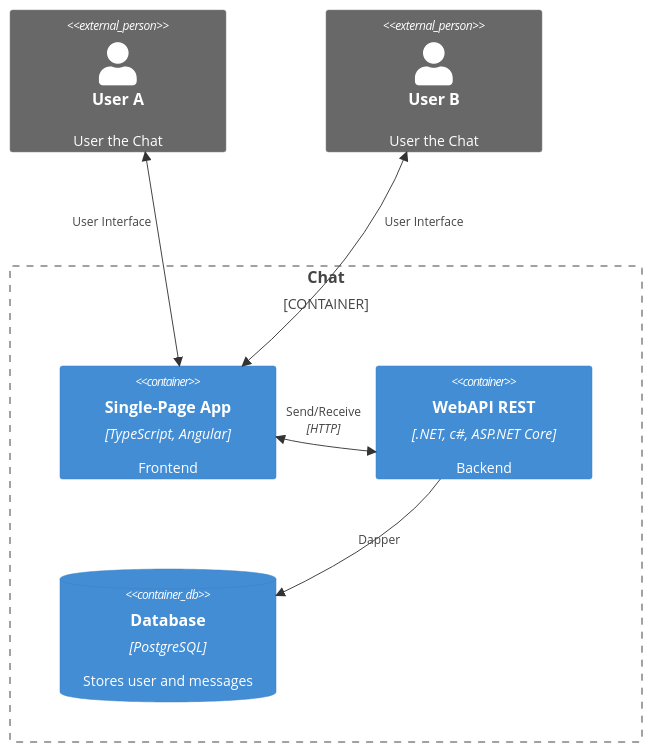
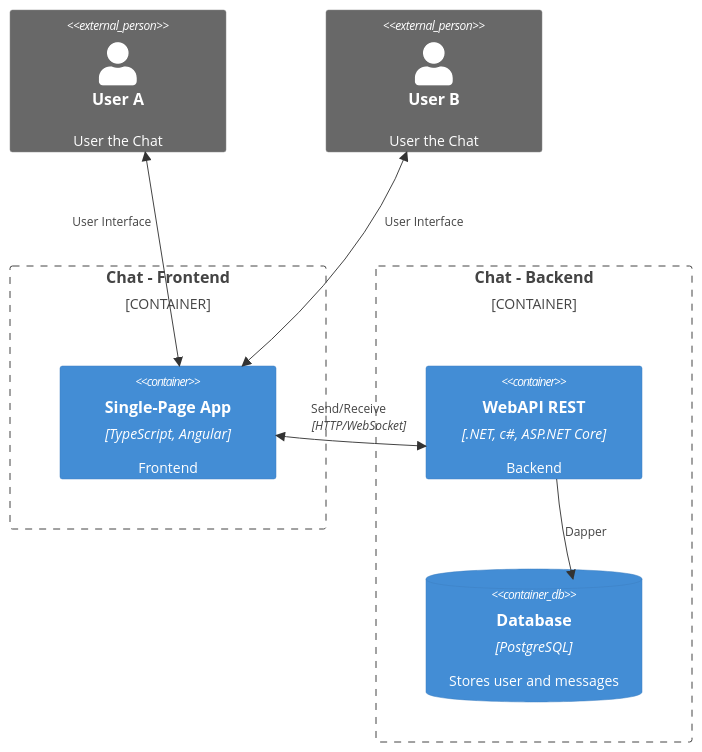
The third of 3 diagrams in README.md (jeziellins/chatDemo), drawn with Mermaid before and after one commit.

Commit message:
Ajustando Container diagram

````diff
--- a/README.md
+++ b/README.md
@@ -56,21 +56,23 @@
 ```mermaid
     C4Container
       Person_Ext(customerA, "User A", "User the Chat")        
       Person_Ext(customerB, "User B", "User the Chat")
 
-      Container_Boundary(c1, "Chat") {
-        Container(spa, "Single-Page App", "TypeScript, Angular", "Frontend")
+      Container_Boundary(c1, "Chat - Frontend") {
+        Container(spa, "Single-Page App", "TypeScript, Angular", "Frontend")        
+      }
+      Container_Boundary(c2, "Chat - Backend") {
         Container(web_app, "WebAPI REST", ".NET, c#, ASP.NET Core", "Backend")
         ContainerDb(database, "Database", "PostgreSQL", "Stores user and messages")
       }
 
       BiRel(customerA, spa, "User Interface")
       BiRel(customerB, spa, "User Interface")
-      BiRel(spa, web_app, "Send/Receive", "HTTP")
+      BiRel(spa, web_app, "Send/Receive", "HTTP/WebSocket")
       Rel(web_app, database, "Dapper")
       UpdateRelStyle(customerA, spa, $offsetY="-40", $offsetX="-90")
       UpdateRelStyle(customerB, spa, $offsetY="-40", $offsetX="60")   
       UpdateRelStyle(spa, web_app, $offsetY="-35", $offsetX="-40")
 
-      UpdateLayoutConfig($c4ShapeInRow="2", $c4BoundaryInRow="1")
+      UpdateLayoutConfig($c4ShapeInRow="2", $c4BoundaryInRow="3")
 ```
````
